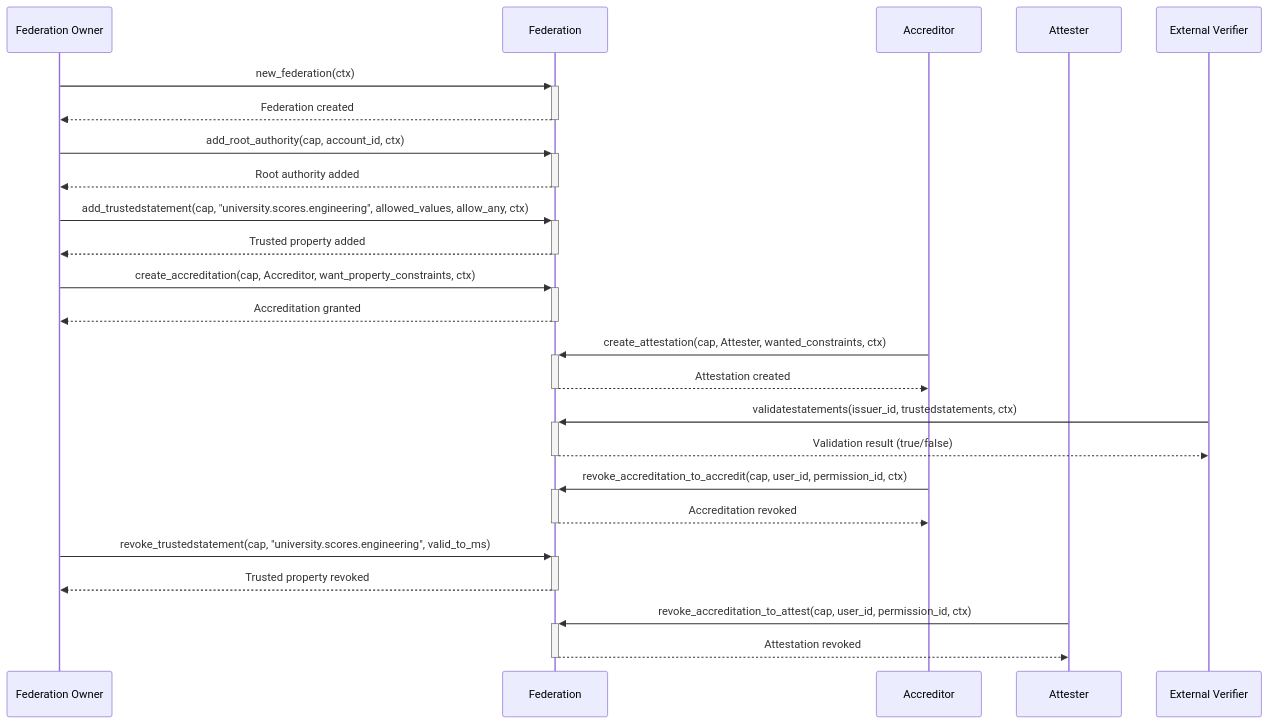
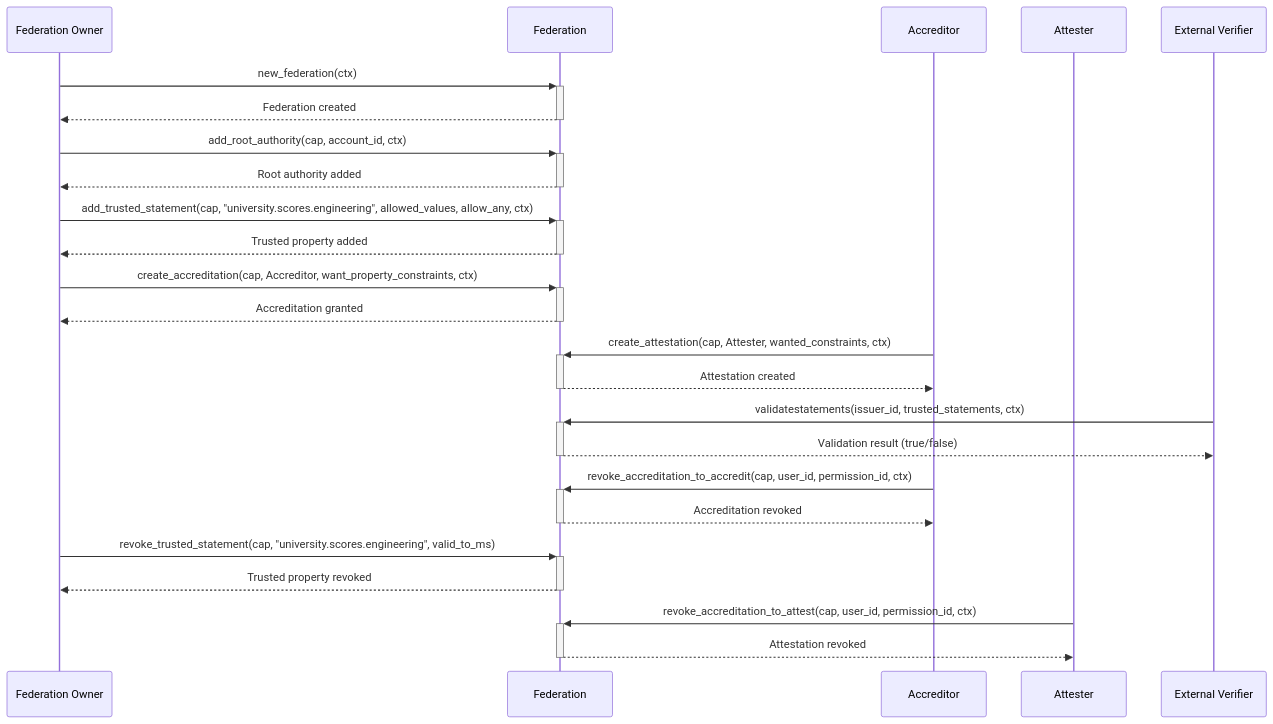
Before and after one commit to iotaledger/hierarchies: the third of 3 diagrams in README.md, drawn with Mermaid. The commit also changed other lines of this file and 25 other files, not shown here.

````diff
--- a/README.md
+++ b/README.md
@@ -259,35 +259,35 @@
 ```mermaid
 sequenceDiagram
     participant FederationOwner as Federation Owner
     participant Federation
     participant Accreditor
     participant Attester
     participant Verifier as External Verifier
 
     FederationOwner->>+Federation: new_federation(ctx)
     Federation-->>-FederationOwner: Federation created
 
     FederationOwner->>+Federation: add_root_authority(cap, account_id, ctx)
     Federation-->>-FederationOwner: Root authority added
 
-    FederationOwner->>+Federation: add_trustedstatement(cap, "university.scores.engineering", allowed_values, allow_any, ctx)
+    FederationOwner->>+Federation: add_trusted_statement(cap, "university.scores.engineering", allowed_values, allow_any, ctx)
     Federation-->>-FederationOwner: Trusted property added
 
     FederationOwner->>+Federation: create_accreditation(cap, Accreditor, want_property_constraints, ctx)
     Federation-->>-FederationOwner: Accreditation granted
 
     Accreditor->>+Federation: create_attestation(cap, Attester, wanted_constraints, ctx)
     Federation-->>-Accreditor: Attestation created
 
-    Verifier->>+Federation: validatestatements(issuer_id, trustedstatements, ctx)
+    Verifier->>+Federation: validatestatements(issuer_id, trusted_statements, ctx)
     Federation-->>-Verifier: Validation result (true/false)
 
     Accreditor->>+Federation: revoke_accreditation_to_accredit(cap, user_id, permission_id, ctx)
     Federation-->>-Accreditor: Accreditation revoked
 
-    FederationOwner->>+Federation: revoke_trustedstatement(cap, "university.scores.engineering", valid_to_ms)
+    FederationOwner->>+Federation: revoke_trusted_statement(cap, "university.scores.engineering", valid_to_ms)
     Federation-->>-FederationOwner: Trusted property revoked
 
     Attester->>+Federation: revoke_accreditation_to_attest(cap, user_id, permission_id, ctx)
     Federation-->>-Attester: Attestation revoked
 ```
````
